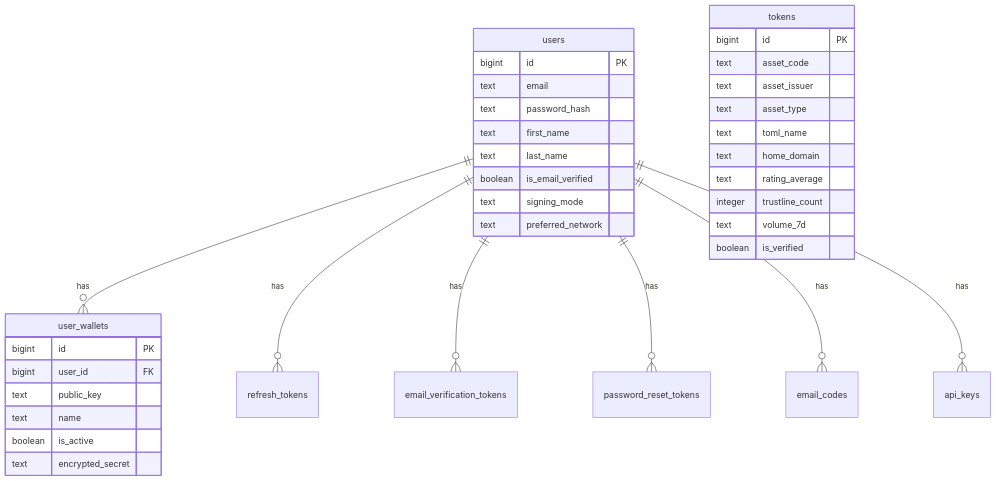
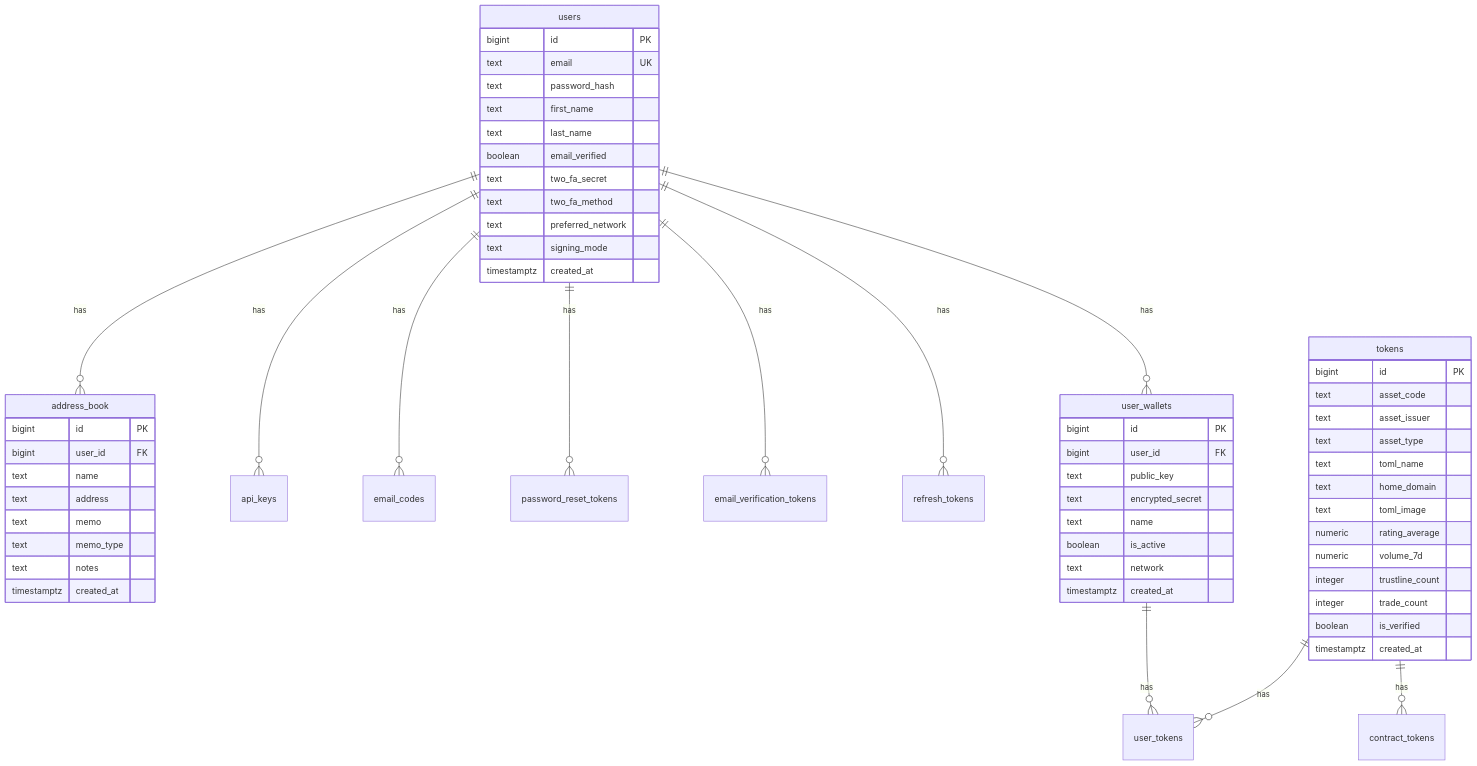
The fifth of 5 diagrams in docs/ARCHITECTURE.md (SM-Web-Systems/stellar-wallet), drawn with Mermaid before and after one commit. The commit also changed other lines of this file and 5 other files, not shown here.

First line of the commit message:
docs: update README, architecture, API, MoSCoW, deployment, and FAQ

````diff
--- a/docs/ARCHITECTURE.md
+++ b/docs/ARCHITECTURE.md
@@ -99,42 +93,65 @@
 ```mermaid
 erDiagram
     users ||--o{ user_wallets : has
     users ||--o{ refresh_tokens : has
     users ||--o{ email_verification_tokens : has
     users ||--o{ password_reset_tokens : has
     users ||--o{ email_codes : has
     users ||--o{ api_keys : has
+    users ||--o{ address_book : has
+    tokens ||--o{ contract_tokens : has
+    tokens ||--o{ user_tokens : has
+    user_wallets ||--o{ user_tokens : has
 
     users {
         bigint id PK
-        text email
+        text email UK
         text password_hash
         text first_name
         text last_name
-        boolean is_email_verified
+        boolean email_verified
+        text two_fa_secret
+        text two_fa_method
+        text preferred_network
         text signing_mode
-        text preferred_network
+        timestamptz created_at
     }
 
     user_wallets {
         bigint id PK
         bigint user_id FK
         text public_key
+        text encrypted_secret
         text name
         boolean is_active
-        text encrypted_secret
+        text network
+        timestamptz created_at
     }
 
     tokens {
         bigint id PK
         text asset_code
         text asset_issuer
         text asset_type
         text toml_name
         text home_domain
-        text rating_average
+        text toml_image
+        numeric rating_average
+        numeric volume_7d
         integer trustline_count
-        text volume_7d
+        integer trade_count
         boolean is_verified
+        timestamptz created_at
+    }
+
+    address_book {
+        bigint id PK
+        bigint user_id FK
+        text name
+        text address
+        text memo
+        text memo_type
+        text notes
+        timestamptz created_at
     }
 ```
````
